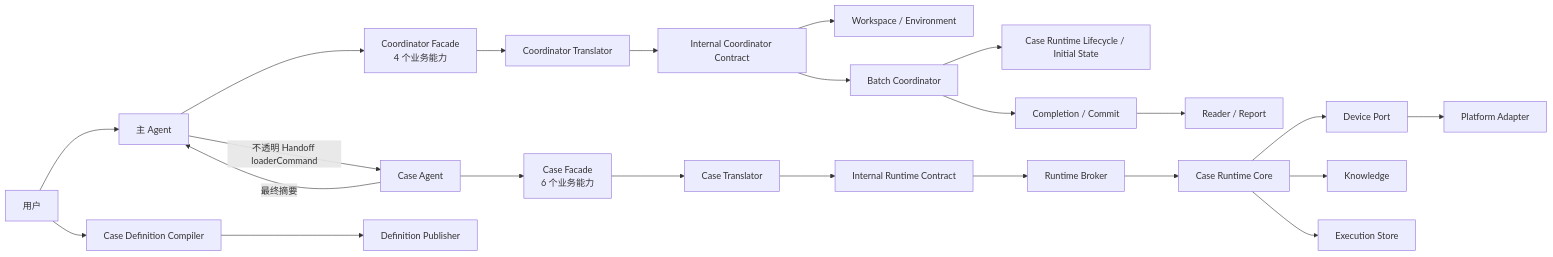
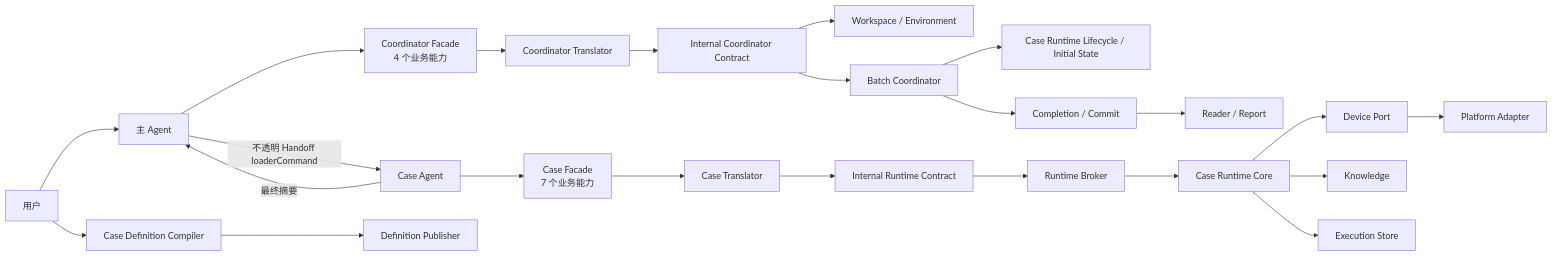
One commit to lianghuihui-plus/DevKit changed the first of 2 diagrams in skills/mobile-ai-visual-test/docs/architecture.md. Above: the diagram before and after it, drawn with Mermaid. The commit also changed other lines of this file and 77 other files, not shown here.

````diff
--- a/skills/mobile-ai-visual-test/docs/architecture.md
+++ b/skills/mobile-ai-visual-test/docs/architecture.md
@@ -19,25 +21,25 @@
 ```mermaid
 flowchart LR
   U["用户"] --> M["主 Agent"]
   U --> DC["Case Definition Compiler"]
   DC --> DP["Definition Publisher"]
   M --> CF["Coordinator Facade<br/>4 个业务能力"]
   CF --> CT["Coordinator Translator"]
   CT --> CI["Internal Coordinator Contract"]
   CI --> W["Workspace / Environment"]
   CI --> B["Batch Coordinator"]
   B --> L["Case Runtime Lifecycle / Initial State"]
   M -->|"不透明 Handoff loaderCommand"| A["Case Agent"]
-  A --> AF["Case Facade<br/>6 个业务能力"]
+  A --> AF["Case Facade<br/>7 个业务能力"]
   AF --> AT["Case Translator"]
   AT --> RI["Internal Runtime Contract"]
   RI --> RB["Runtime Broker"]
   RB --> R["Case Runtime Core"]
   R --> D["Device Port"]
   D --> P["Platform Adapter"]
   R --> K["Knowledge"]
   R --> S["Execution Store"]
   A -->|"最终摘要"| M
   B --> C["Completion / Commit"]
   C --> V["Reader / Report"]
 ```
````
